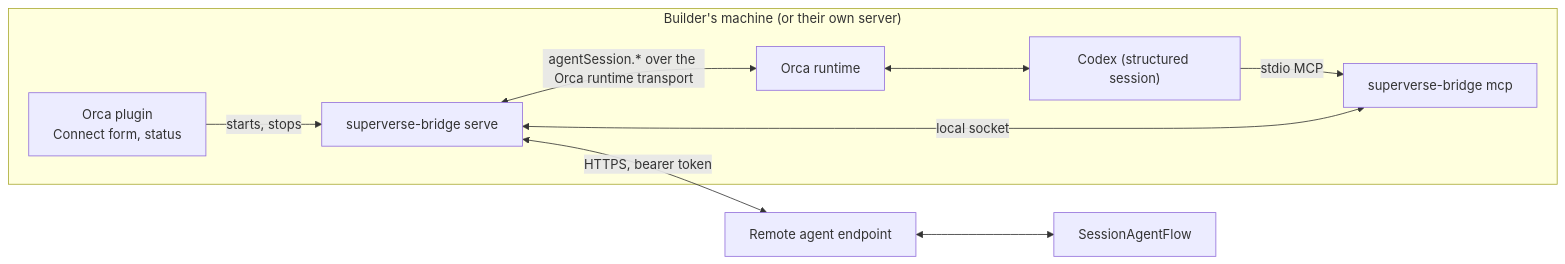
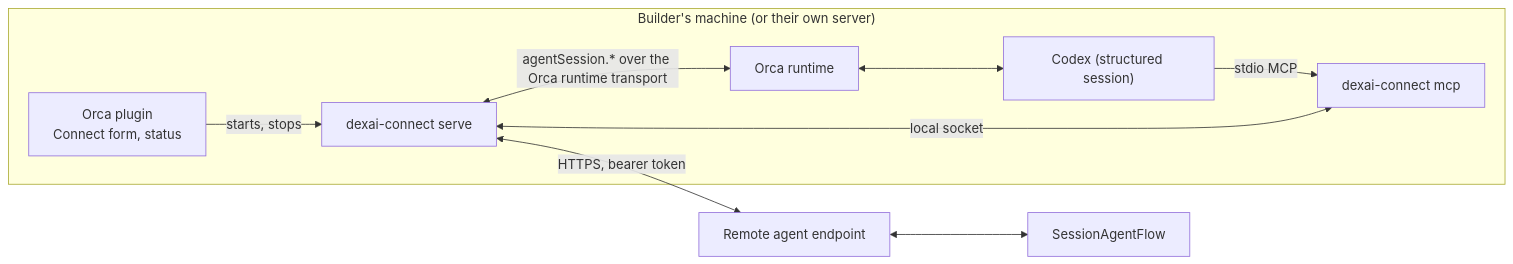
Before and after one commit to superdurable/superverse: the diagram in docs/architecture/remote-agent/bridge.md, drawn with Mermaid. The commit also changed other lines of this file and 83 other files, not shown here.

First line of the commit message:
DEXAICONNECT: Rename superverse-bridge to dexai-connect and package it for Homebrew

````diff
--- a/docs/architecture/remote-agent/bridge.md
+++ b/docs/architecture/remote-agent/bridge.md
@@ -12,12 +12,12 @@
 ```mermaid
 flowchart LR
   subgraph Machine["Builder's machine (or their own server)"]
-    plugin["Orca plugin<br/>Connect form, status"] -->|starts, stops| serve["superverse-bridge serve"]
+    plugin["Orca plugin<br/>Connect form, status"] -->|starts, stops| serve["dexai-connect serve"]
     serve <-->|"agentSession.* over the Orca runtime transport"| orca["Orca runtime"]
     orca <--> codex["Codex (structured session)"]
-    codex -->|"stdio MCP"| mcp["superverse-bridge mcp"]
+    codex -->|"stdio MCP"| mcp["dexai-connect mcp"]
     mcp <-->|"local socket"| serve
   end
   serve <-->|"HTTPS, bearer token"| endpoint["Remote agent endpoint"]
   endpoint <--> session["SessionAgentFlow"]
 ```
````
